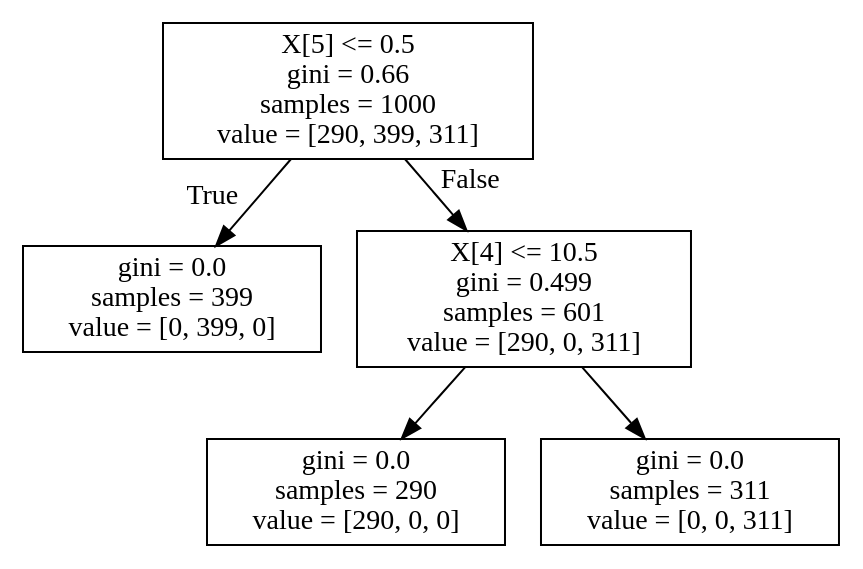
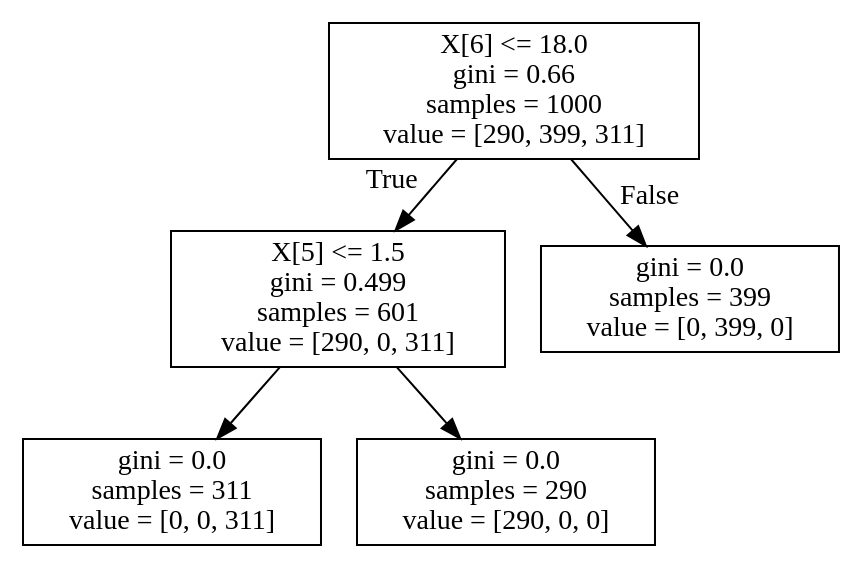
The diagram in IC-CC/Source.gv (JosefButzke/DataMining), drawn with Graphviz before and after one commit. The commit also changed 5 other files, not shown here.

```diff
--- a/IC-CC/Source.gv
+++ b/IC-CC/Source.gv
@@ -1,12 +1,12 @@
 digraph Tree {
 node [shape=box] ;
-0 [label="X[5] <= 0.5\ngini = 0.66\nsamples = 1000\nvalue = [290, 399, 311]"] ;
-1 [label="gini = 0.0\nsamples = 399\nvalue = [0, 399, 0]"] ;
+0 [label="X[6] <= 18.0\ngini = 0.66\nsamples = 1000\nvalue = [290, 399, 311]"] ;
+1 [label="X[5] <= 1.5\ngini = 0.499\nsamples = 601\nvalue = [290, 0, 311]"] ;
 0 -> 1 [labeldistance=2.5, labelangle=45, headlabel="True"] ;
-2 [label="X[4] <= 10.5\ngini = 0.499\nsamples = 601\nvalue = [290, 0, 311]"] ;
-0 -> 2 [labeldistance=2.5, labelangle=-45, headlabel="False"] ;
+2 [label="gini = 0.0\nsamples = 311\nvalue = [0, 0, 311]"] ;
+1 -> 2 ;
 3 [label="gini = 0.0\nsamples = 290\nvalue = [290, 0, 0]"] ;
-2 -> 3 ;
-4 [label="gini = 0.0\nsamples = 311\nvalue = [0, 0, 311]"] ;
-2 -> 4 ;
+1 -> 3 ;
+4 [label="gini = 0.0\nsamples = 399\nvalue = [0, 399, 0]"] ;
+0 -> 4 [labeldistance=2.5, labelangle=-45, headlabel="False"] ;
 }
```
